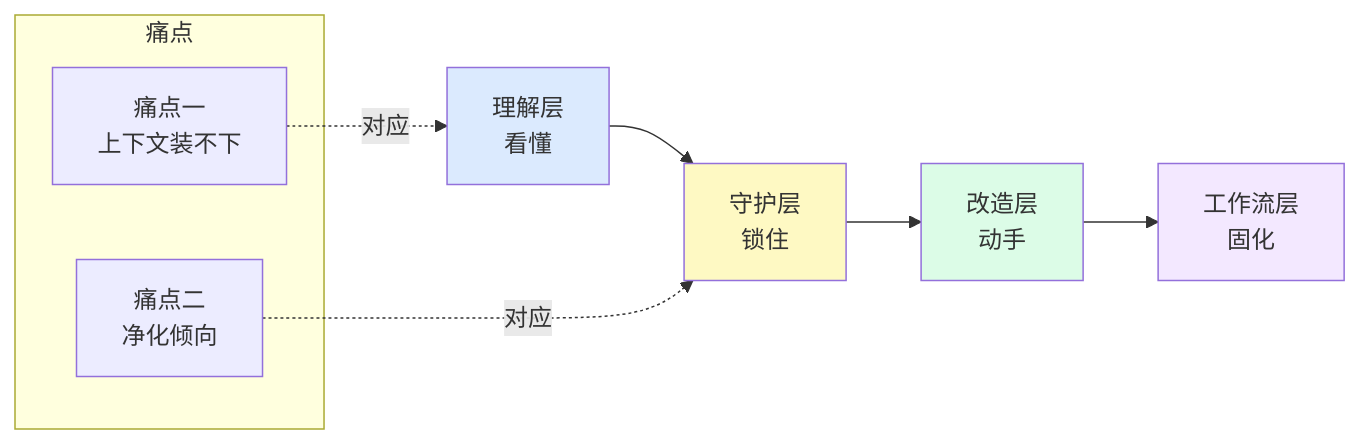
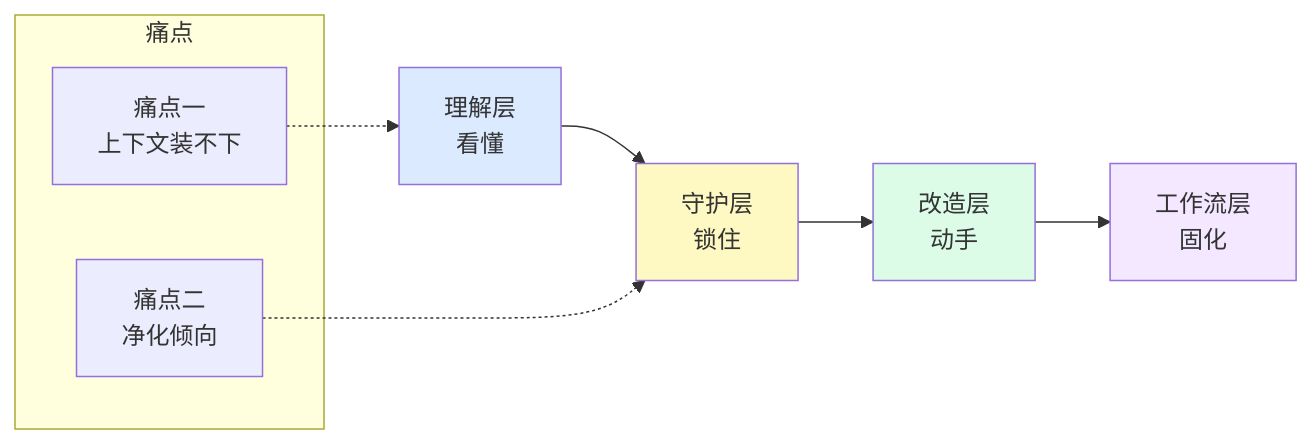
The first of 3 diagrams in retro-fit/历史代码治理实践报告.md (whaili/ArchNotes), drawn with Mermaid before and after one commit. The commit also changed other lines of this file, not shown here.

First line of the commit message:
docs: 修正 Mermaid 图表语法兼容性

````diff
--- a/retro-fit/历史代码治理实践报告.md
+++ b/retro-fit/历史代码治理实践报告.md
@@ -74,19 +74,19 @@
 ```mermaid
 graph LR
     subgraph 痛点
-        P1["痛点一<br/>上下文装不下"]
-        P2["痛点二<br/>净化倾向"]
+        P1["痛点一<br>上下文装不下"]
+        P2["痛点二<br>净化倾向"]
     end
 
-    A["理解层<br/>看懂"] --> B["守护层<br/>锁住"]
-    B --> C["改造层<br/>动手"]
-    C --> D["工作流层<br/>固化"]
+    A["理解层<br>看懂"] --> B["守护层<br>锁住"]
+    B --> C["改造层<br>动手"]
+    C --> D["工作流层<br>固化"]
 
-    P1 -. 对应 .-> A
-    P2 -. 对应 .-> B
+    P1 -.-> A
+    P2 -.-> B
 
     style A fill:#dbeafe
     style B fill:#fef9c3
     style C fill:#dcfce7
     style D fill:#f3e8ff
 ```
````
